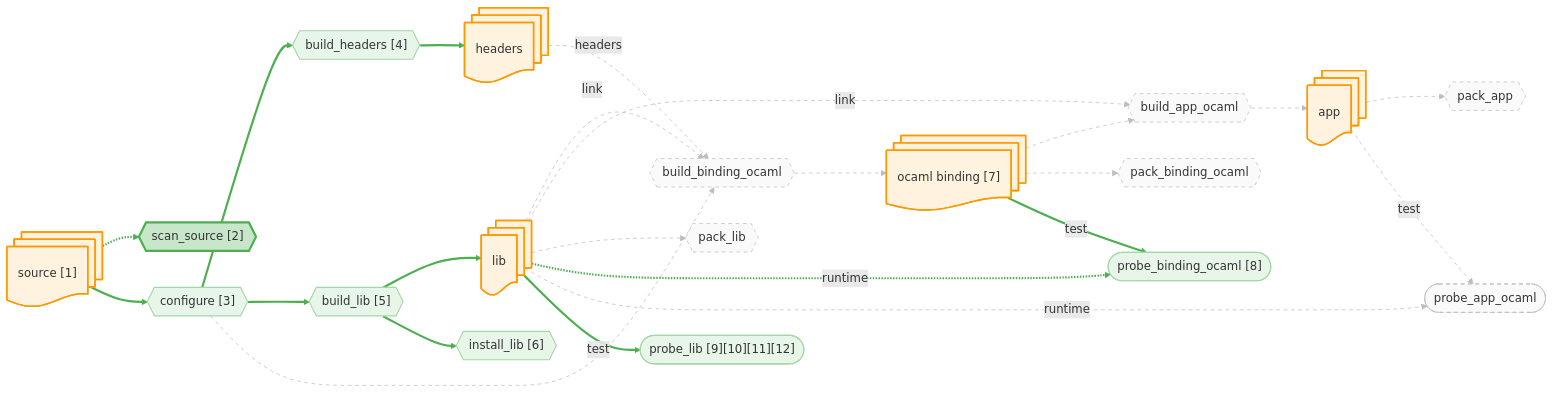
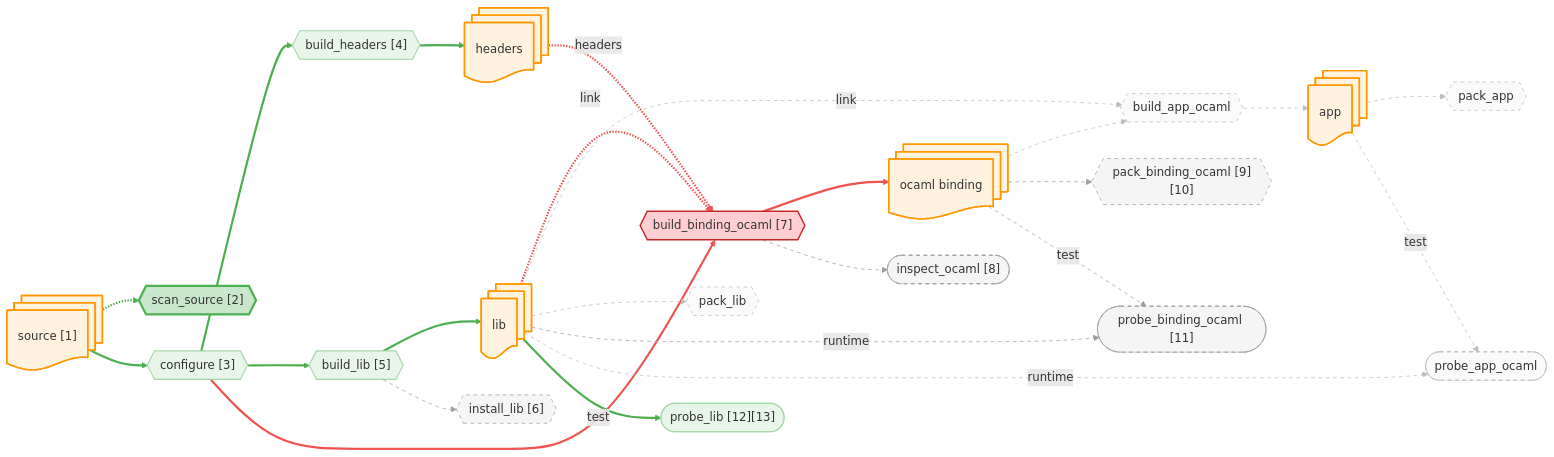
One commit to JHU-PL-Lab/tola changed the diagram in docs/canary/projects/z3/-run/diagrams/source.mmd. Above: the diagram before and after it, drawn with Mermaid. The commit also changed 247 other files, not shown here.

```diff
--- a/docs/canary/projects/z3/-run/diagrams/source.mmd
+++ b/docs/canary/projects/z3/-run/diagrams/source.mmd
@@ -1,89 +1,93 @@
 %% view: source
 graph LR
     source_node@{ shape: docs, label: "source [1]" }
     headers_node@{ shape: docs, label: "headers" }
     lib_node@{ shape: docs, label: "lib" }
     app_node@{ shape: docs, label: "app" }
-    ocaml_binding_node@{ shape: docs, label: "ocaml binding [7]" }
+    ocaml_binding_node@{ shape: docs, label: "ocaml binding" }
 
     A_scan_source{{"scan_source [2]"}}
     A_configure{{"configure [3]"}}
     A_build_headers{{"build_headers [4]"}}
     A_build_lib{{"build_lib [5]"}}
-    A_build_binding_ocaml{{"build_binding_ocaml"}}
+    A_build_binding_ocaml{{"build_binding_ocaml [7]"}}
     A_build_app_ocaml{{"build_app_ocaml"}}
     A_install_lib{{"install_lib [6]"}}
-    A_pack_binding_ocaml{{"pack_binding_ocaml"}}
+    A_pack_binding_ocaml{{"pack_binding_ocaml [9][10]"}}
     A_pack_lib{{"pack_lib"}}
     A_pack_app{{"pack_app"}}
-    A_probe_binding_ocaml(["probe_binding_ocaml [8]"])
+    A_probe_binding_ocaml(["probe_binding_ocaml [11]"])
     A_probe_app_ocaml(["probe_app_ocaml"])
-    A_probe_lib(["probe_lib [9][10][11][12]"])
+    A_probe_lib(["probe_lib [12][13]"])
+    A_build_binding_ocaml_inspect(["inspect_ocaml [8]"])
 
     source_node -.-> A_scan_source
     source_node --> A_configure
     A_configure --> A_build_headers
     A_build_headers --> headers_node
     A_configure --> A_build_lib
     A_build_lib --> lib_node
     A_configure --> A_build_binding_ocaml
     headers_node -.->|headers| A_build_binding_ocaml
     lib_node -.->|link| A_build_binding_ocaml
     A_build_binding_ocaml --> ocaml_binding_node
     ocaml_binding_node --> A_build_app_ocaml
     lib_node -.->|link| A_build_app_ocaml
     A_build_app_ocaml --> app_node
     A_build_lib --> A_install_lib
     ocaml_binding_node --> A_pack_binding_ocaml
     lib_node --> A_pack_lib
     app_node --> A_pack_app
     ocaml_binding_node -->|test| A_probe_binding_ocaml
     lib_node -.->|runtime| A_probe_binding_ocaml
     app_node -->|test| A_probe_app_ocaml
     lib_node -.->|runtime| A_probe_app_ocaml
     lib_node -->|test| A_probe_lib
+    A_build_binding_ocaml -.-> A_build_binding_ocaml_inspect
 
     classDef artifact fill:#fff3e0,stroke:#ff9800,stroke-width:2px
     classDef action fill:#f3e5f5,stroke:#9c27b0,stroke-width:2px
     classDef st_done fill:#c8e6c9,stroke:#4caf50,stroke-width:3px
     classDef st_done_ctx fill:#e8f5e9,stroke:#a5d6a7,stroke-width:1.5px
     classDef st_expected_fail fill:#fff9c4,stroke:#f9a825,stroke-width:2px
     classDef st_failed fill:#ffcdd2,stroke:#c62828,stroke-width:2px
     classDef st_skipped fill:#f5f5f5,stroke:#9e9e9e,stroke-dasharray:5
     classDef st_nospec fill:#fafafa,stroke:#bdbdbd,stroke-dasharray:5
     class source_node,headers_node,lib_node,app_node,ocaml_binding_node artifact
     class A_scan_source st_done
     class A_configure st_done_ctx
     class A_build_headers st_done_ctx
     class A_build_lib st_done_ctx
-    class A_build_binding_ocaml st_nospec
+    class A_build_binding_ocaml st_failed
     class A_build_app_ocaml st_nospec
-    class A_install_lib st_done_ctx
-    class A_pack_binding_ocaml st_nospec
+    class A_install_lib st_skipped
+    class A_pack_binding_ocaml st_skipped
     class A_pack_lib st_nospec
     class A_pack_app st_nospec
-    class A_probe_binding_ocaml st_done_ctx
+    class A_probe_binding_ocaml st_skipped
     class A_probe_app_ocaml st_nospec
     class A_probe_lib st_done_ctx
+    class A_build_binding_ocaml_inspect st_skipped
     linkStyle 0 stroke:#4caf50,stroke-width:3px
     linkStyle 1 stroke:#4caf50,stroke-width:3px
     linkStyle 2 stroke:#4caf50,stroke-width:3px
     linkStyle 3 stroke:#4caf50,stroke-width:3px
     linkStyle 4 stroke:#4caf50,stroke-width:3px
     linkStyle 5 stroke:#4caf50,stroke-width:3px
-    linkStyle 6 stroke:#bdbdbd,stroke-width:1px,stroke-dasharray:5
-    linkStyle 7 stroke:#bdbdbd,stroke-width:1px,stroke-dasharray:5
-    linkStyle 8 stroke:#bdbdbd,stroke-width:1px,stroke-dasharray:5
-    linkStyle 9 stroke:#bdbdbd,stroke-width:1px,stroke-dasharray:5
+    linkStyle 6 stroke:#ef5350,stroke-width:3px
+    linkStyle 7 stroke:#ef5350,stroke-width:3px
+    linkStyle 8 stroke:#ef5350,stroke-width:3px
+    linkStyle 9 stroke:#ef5350,stroke-width:3px
     linkStyle 10 stroke:#bdbdbd,stroke-width:1px,stroke-dasharray:5
     linkStyle 11 stroke:#bdbdbd,stroke-width:1px,stroke-dasharray:5
     linkStyle 12 stroke:#bdbdbd,stroke-width:1px,stroke-dasharray:5
-    linkStyle 13 stroke:#4caf50,stroke-width:3px
-    linkStyle 14 stroke:#bdbdbd,stroke-width:1px,stroke-dasharray:5
+    linkStyle 13 stroke:#9e9e9e,stroke-width:1px,stroke-dasharray:5
+    linkStyle 14 stroke:#9e9e9e,stroke-width:1px,stroke-dasharray:5
     linkStyle 15 stroke:#bdbdbd,stroke-width:1px,stroke-dasharray:5
     linkStyle 16 stroke:#bdbdbd,stroke-width:1px,stroke-dasharray:5
-    linkStyle 17 stroke:#4caf50,stroke-width:3px
-    linkStyle 18 stroke:#4caf50,stroke-width:3px
+    linkStyle 17 stroke:#9e9e9e,stroke-width:1px,stroke-dasharray:5
+    linkStyle 18 stroke:#9e9e9e,stroke-width:1px,stroke-dasharray:5
     linkStyle 19 stroke:#bdbdbd,stroke-width:1px,stroke-dasharray:5
     linkStyle 20 stroke:#bdbdbd,stroke-width:1px,stroke-dasharray:5
     linkStyle 21 stroke:#4caf50,stroke-width:3px
+    linkStyle 22 stroke:#9e9e9e,stroke-width:1px,stroke-dasharray:5
```
